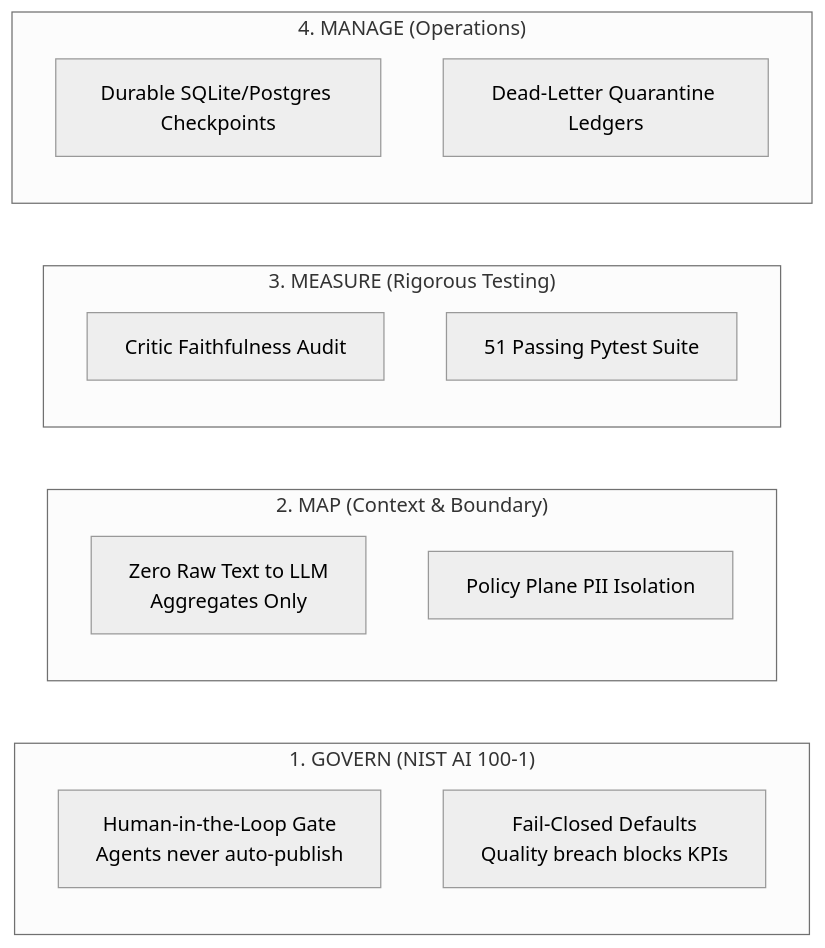
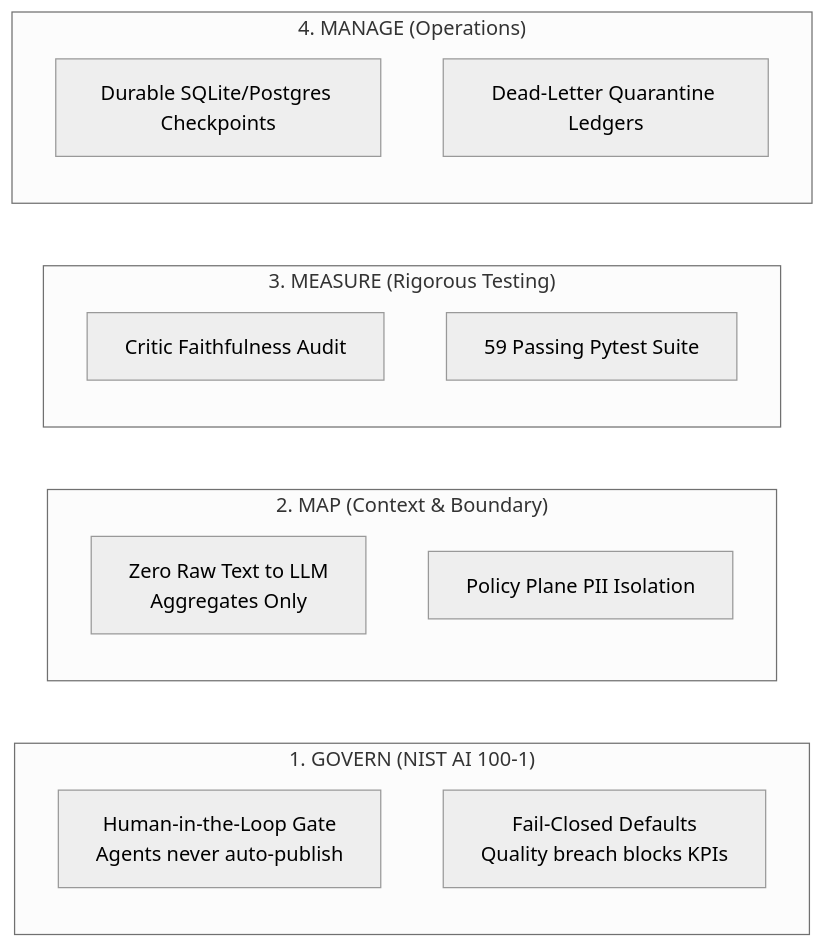
The first of 2 diagrams in docs/Operator-ETL-White-Paper.md (khaosans/operator-etl), drawn with Mermaid (neutral theme) before and after one commit. The commit also changed other lines of this file and 56 other files, not shown here.

````diff
--- a/docs/Operator-ETL-White-Paper.md
+++ b/docs/Operator-ETL-White-Paper.md
@@ -287,19 +287,19 @@
 ```mermaid
 flowchart LR
     subgraph GOVERN ["1. GOVERN (NIST AI 100-1)"]
         G1["Human-in-the-Loop Gate<br/>Agents never auto-publish"]
         G2["Fail-Closed Defaults<br/>Quality breach blocks KPIs"]
     end
     subgraph MAP ["2. MAP (Context & Boundary)"]
         M1["Zero Raw Text to LLM<br/>Aggregates Only"]
         M2["Policy Plane PII Isolation"]
     end
     subgraph MEASURE ["3. MEASURE (Rigorous Testing)"]
         ME1["Critic Faithfulness Audit"]
-        ME2["51 Passing Pytest Suite"]
+        ME2["59 Passing Pytest Suite"]
     end
     subgraph MANAGE ["4. MANAGE (Operations)"]
         MA1["Durable SQLite/Postgres Checkpoints"]
         MA2["Dead-Letter Quarantine Ledgers"]
     end
 ```
````
